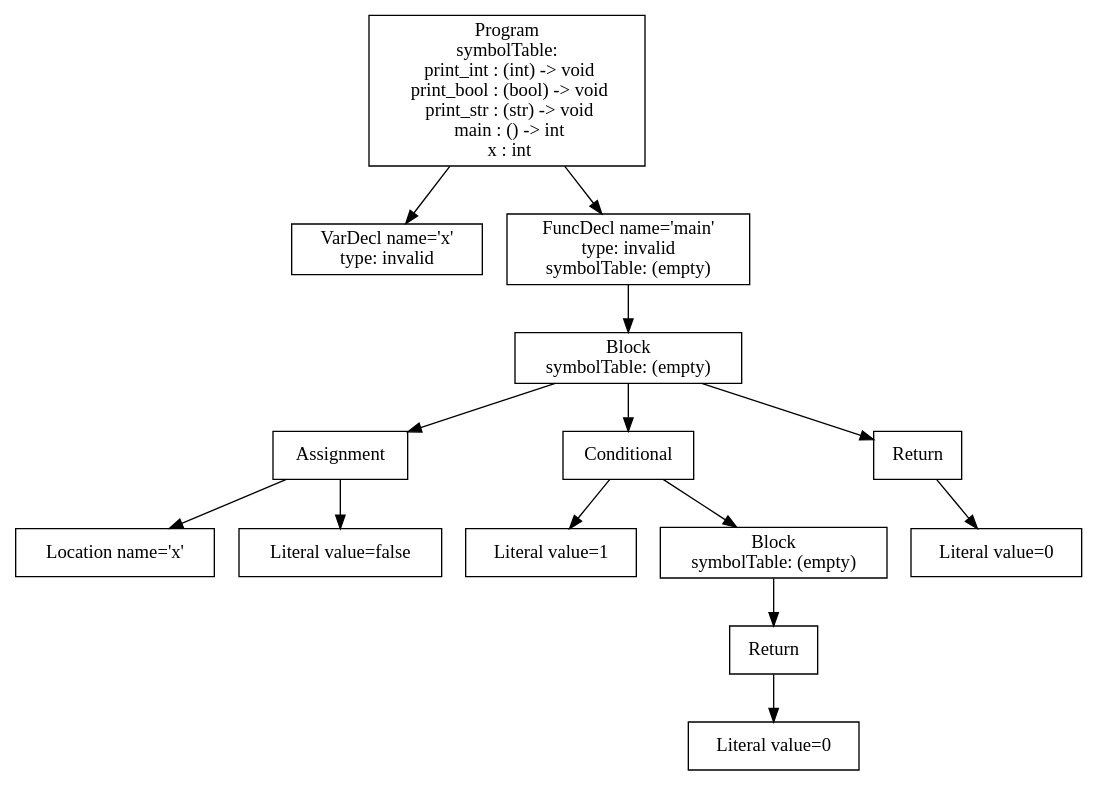
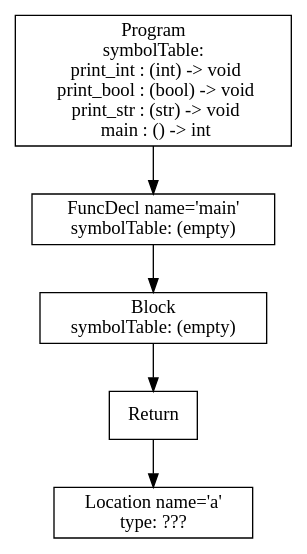
One commit to atrim11/CS432 changed the diagram in p3-analysis/tree.dot. Above: the diagram before and after it, drawn with Graphviz. The commit also changed 174 other files, not shown here.

```diff
--- a/p3-analysis/tree.dot
+++ b/p3-analysis/tree.dot
@@ -1,29 +1,11 @@
 digraph AST {
-1 [shape=box, label="VarDecl name='x'\ntype: invalid"];
-5 [shape=box, label="Location name='x'"];
-6 [shape=box, label="Literal value=false"];
-4 [shape=box, label="Assignment"];
-4 -> 5;
-4 -> 6;
-8 [shape=box, label="Literal value=1"];
-11 [shape=box, label="Literal value=0"];
-10 [shape=box, label="Return"];
-10 -> 11;
-9 [shape=box, label="Block\nsymbolTable: (empty)"];
-9 -> 10;
-7 [shape=box, label="Conditional"];
-7 -> 8;
-7 -> 9;
-13 [shape=box, label="Literal value=0"];
-12 [shape=box, label="Return"];
-12 -> 13;
-3 [shape=box, label="Block\nsymbolTable: (empty)"];
+4 [shape=box, label="Location name='a'\ntype: ???"];
+3 [shape=box, label="Return"];
 3 -> 4;
-3 -> 7;
-3 -> 12;
-2 [shape=box, label="FuncDecl name='main'\ntype: invalid\nsymbolTable: (empty)"];
+2 [shape=box, label="Block\nsymbolTable: (empty)"];
 2 -> 3;
-0 [shape=box, label="Program\nsymbolTable: \n  print_int : (int) -> void\n  print_bool : (bool) -> void\n  print_str : (str) -> void\n  main : () -> int\n  x : int"];
+1 [shape=box, label="FuncDecl name='main'\nsymbolTable: (empty)"];
+1 -> 2;
+0 [shape=box, label="Program\nsymbolTable: \n  print_int : (int) -> void\n  print_bool : (bool) -> void\n  print_str : (str) -> void\n  main : () -> int"];
 0 -> 1;
-0 -> 2;
 }
```
